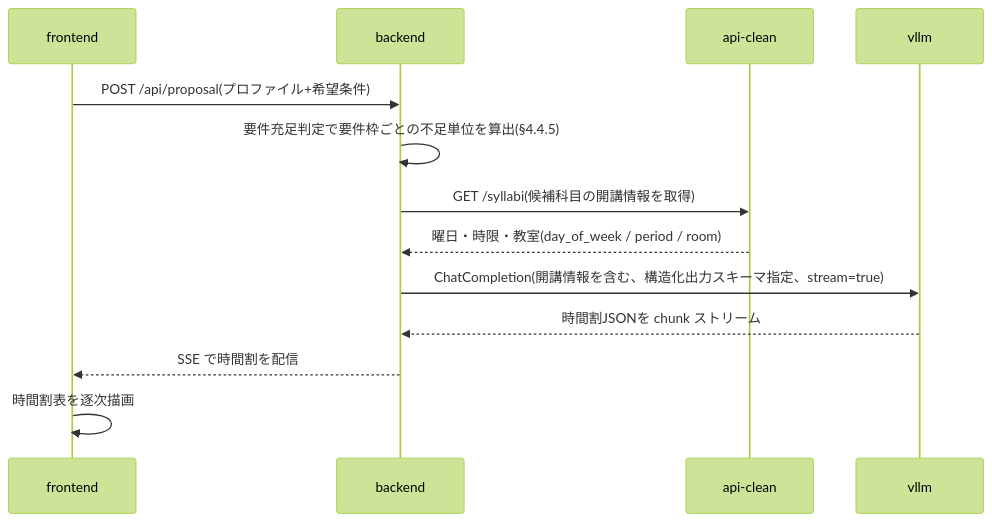
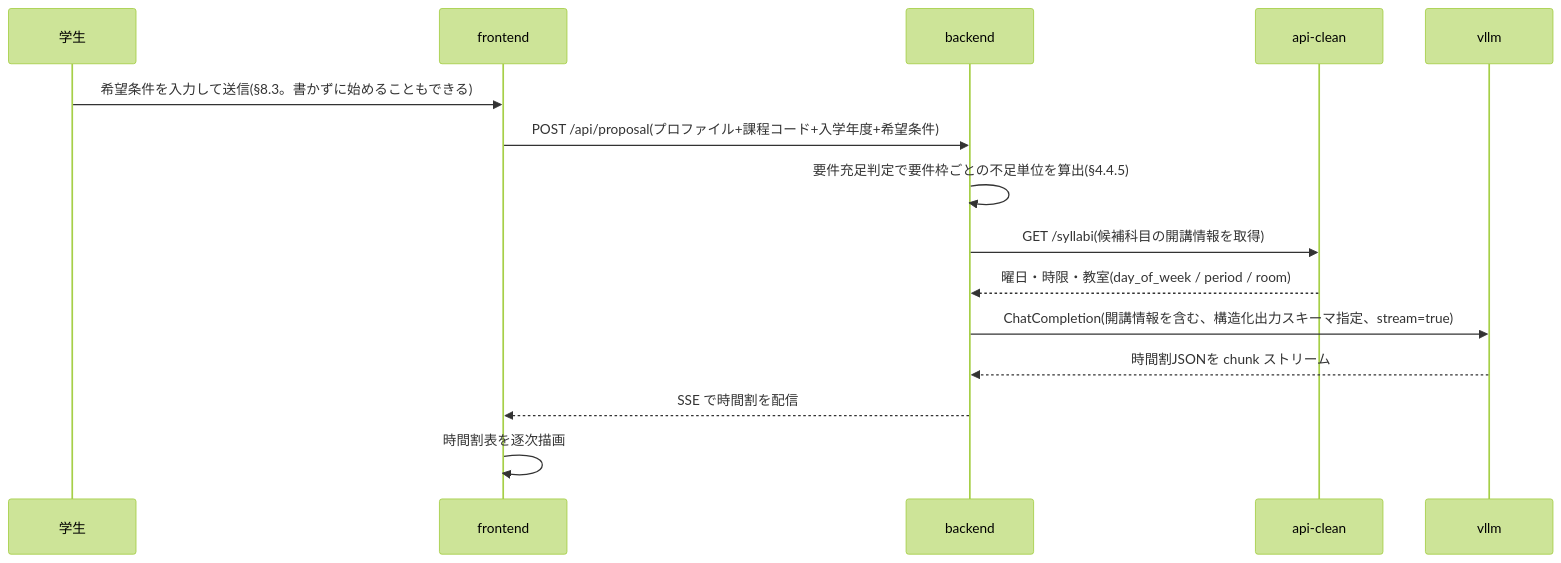
The second of 4 diagrams in docs/design/05-interfaces.md (ProjectResearch2026/Syllabel), drawn with Mermaid (forest theme) before and after one commit. The commit also changed other lines of this file and 7 other files, not shown here.

````diff
--- a/docs/design/05-interfaces.md
+++ b/docs/design/05-interfaces.md
@@ -361,15 +365,17 @@
 ```mermaid
 sequenceDiagram
+  participant User as 学生
   participant FE as frontend
   participant BE as backend
   participant API as api-clean
   participant LLM as vllm
-  FE->>BE: POST /api/proposal(プロファイル+希望条件)
+  User->>FE: 希望条件を入力して送信(§8.3。書かずに始めることもできる)
+  FE->>BE: POST /api/proposal(プロファイル+課程コード+入学年度+希望条件)
   BE->>BE: 要件充足判定で要件枠ごとの不足単位を算出(§4.4.5)
   BE->>API: GET /syllabi(候補科目の開講情報を取得)
   API-->>BE: 曜日・時限・教室(day_of_week / period / room)
   BE->>LLM: ChatCompletion(開講情報を含む、構造化出力スキーマ指定、stream=true)
   LLM-->>BE: 時間割JSONを chunk ストリーム
   BE-->>FE: SSE で時間割を配信
   FE->>FE: 時間割表を逐次描画
 ```
````
